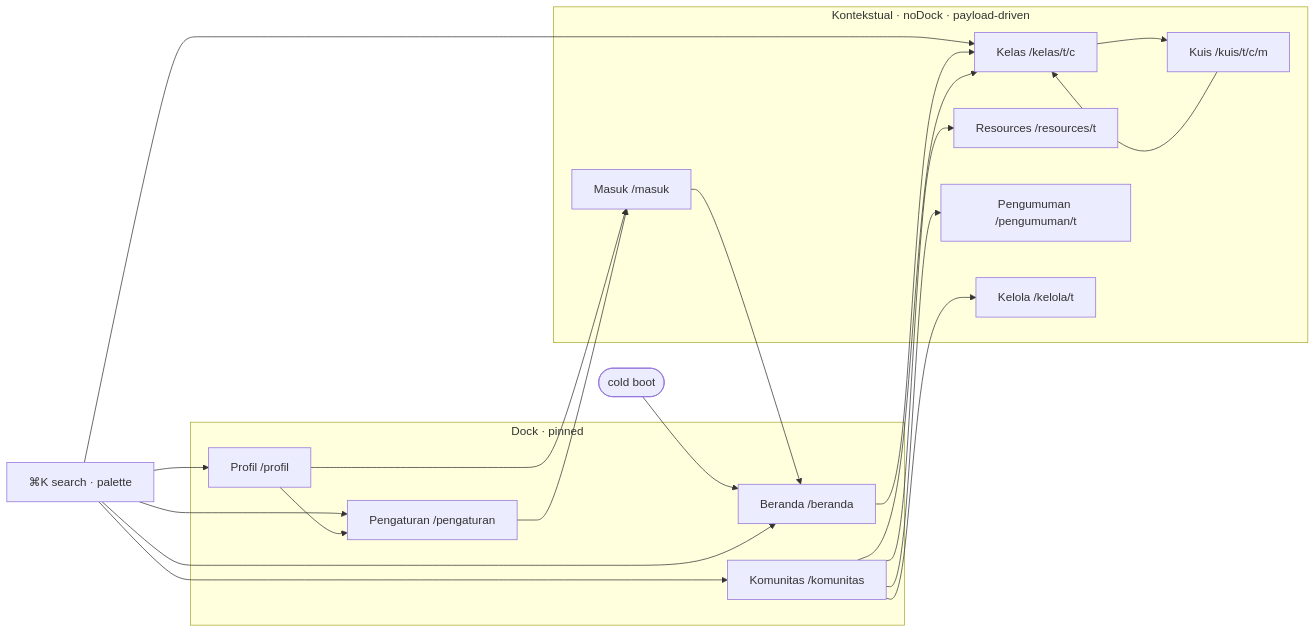
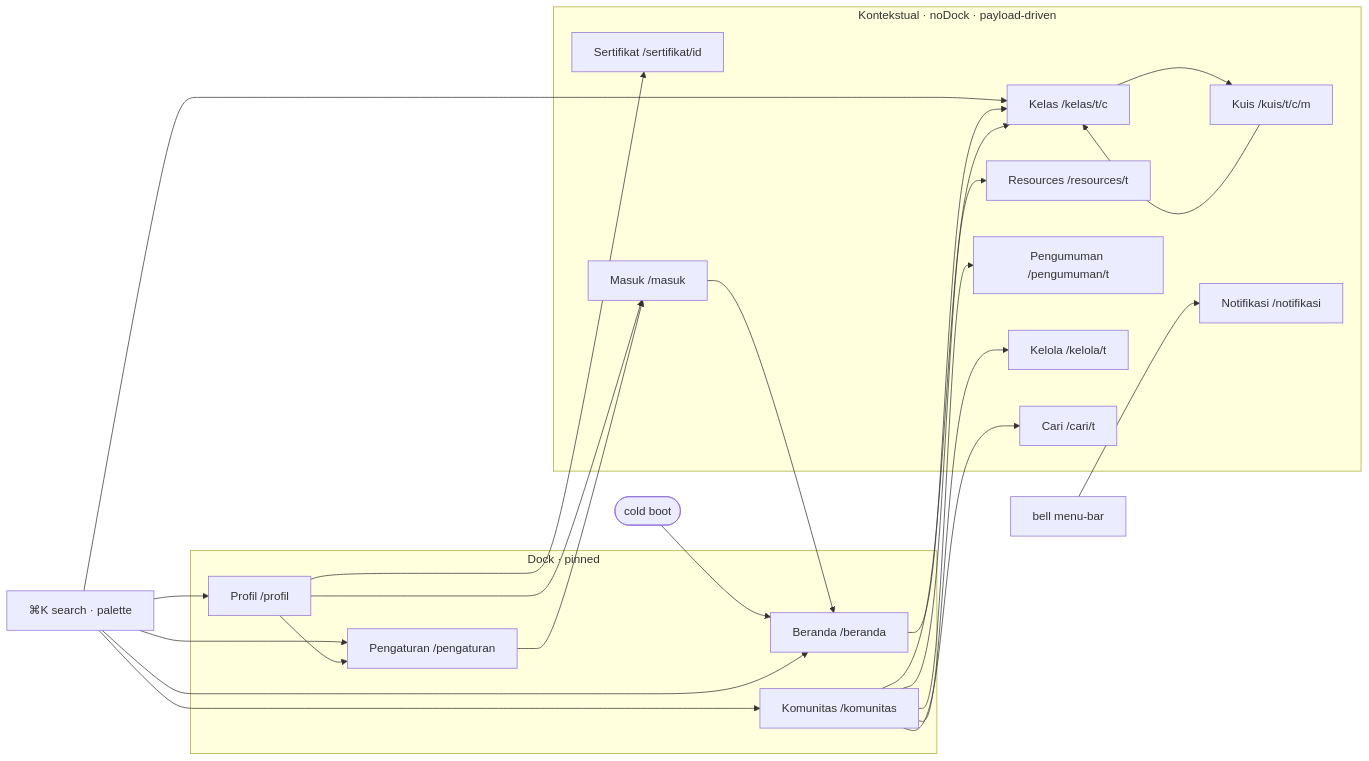
Before and after one commit to rahmanef63/study-with-rahmanef-com: the first of 2 diagrams in docs/UI-UX-PRD.md, drawn with Mermaid. The commit also changed other lines of this file and 33 other files, not shown here.

````diff
--- a/docs/UI-UX-PRD.md
+++ b/docs/UI-UX-PRD.md
@@ -78,26 +81,31 @@
 ```mermaid
 flowchart LR
   subgraph Dock["Dock · pinned"]
     B["Beranda /beranda"]
     K["Komunitas /komunitas"]
     P["Profil /profil"]
     S["Pengaturan /pengaturan"]
   end
   subgraph Ctx["Kontekstual · noDock · payload-driven"]
     KL["Kelas /kelas/t/c"]
     KU["Kuis /kuis/t/c/m"]
     R["Resources /resources/t"]
     PG["Pengumuman /pengumuman/t"]
     KO["Kelola /kelola/t"]
+    CR["Cari /cari/t"]
+    N["Notifikasi /notifikasi"]
+    SF["Sertifikat /sertifikat/id"]
     M["Masuk /masuk"]
   end
   Boot(["cold boot"]) --> B
   CMD["⌘K search · palette"] --> B & K & P & S & KL
+  Bell["bell menu-bar"] --> N
   B --> KL
-  K --> KL & R & PG & KO
+  K --> KL & R & PG & KO & CR
+  P --> SF
   KL --> KU
   KU --> KL
   P --> S & M
   S --> M
   M --> B
 ```
````
